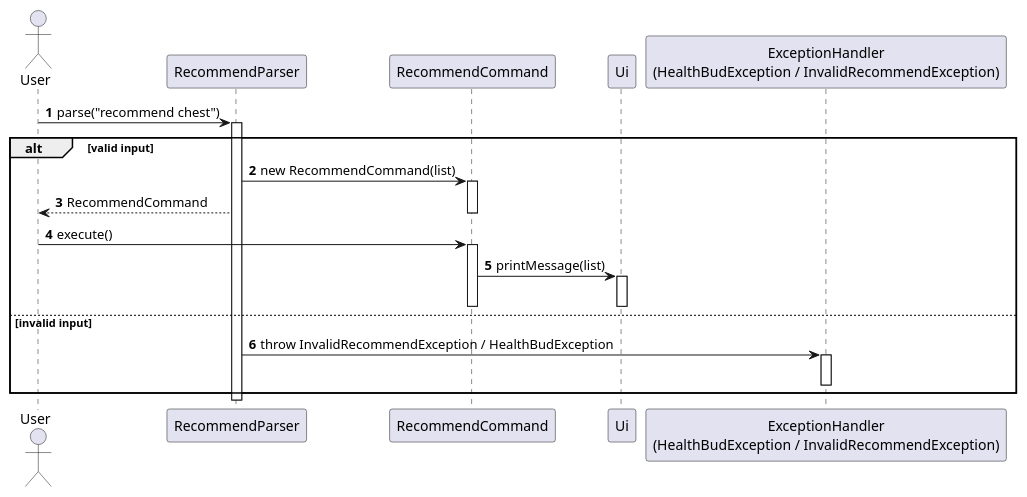
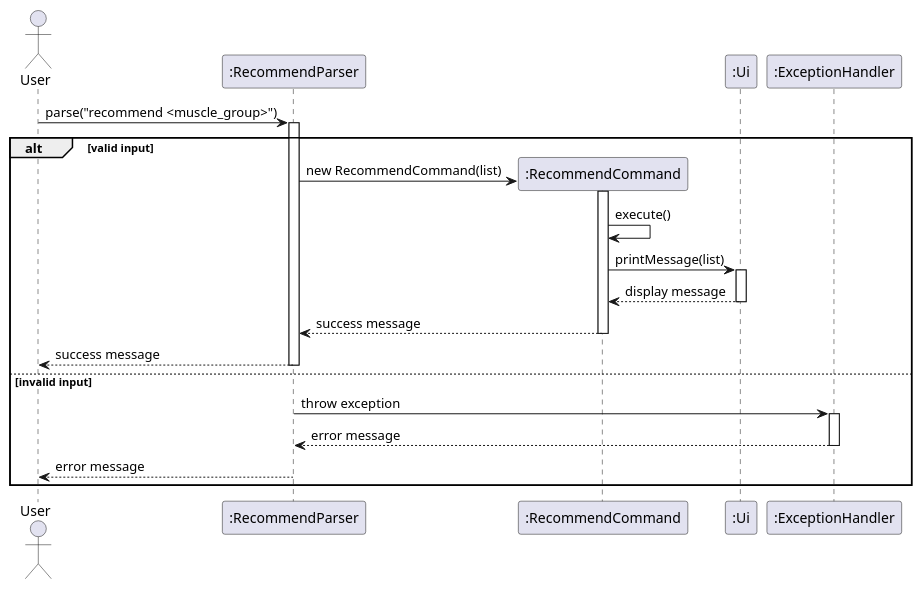
The diagram in docs/Diagrams/RecommendSD.puml (Jasonlobo21/tp), drawn with PlantUML before and after one commit. The commit also changed 5 other files, not shown here.

```diff
--- a/docs/Diagrams/RecommendSD.puml
+++ b/docs/Diagrams/RecommendSD.puml
@@ -1,34 +1,39 @@
 @startuml
-autonumber
 
 actor User
-participant "RecommendParser" as Parser
-participant "RecommendCommand"
-participant "Ui"
-participant "ExceptionHandler\n(HealthBudException / InvalidRecommendException)" as ExceptionHandler
+participant ":RecommendParser"
+participant ":RecommendCommand"
+participant ":Ui"
+participant ":ExceptionHandler"
 
-User -> Parser: parse("recommend chest")
-activate Parser
+User -> ":RecommendParser": parse("recommend <muscle_group>")
+activate ":RecommendParser"
 
 alt valid input
-    Parser -> RecommendCommand: new RecommendCommand(list)
-    activate RecommendCommand
-    Parser --> User: RecommendCommand
-    deactivate RecommendCommand
+    create ":RecommendCommand"
+    ":RecommendParser" -> ":RecommendCommand": new RecommendCommand(list)
+    activate ":RecommendCommand"
 
-    User -> RecommendCommand: execute()
-    activate RecommendCommand
+    ":RecommendCommand" -> ":RecommendCommand": execute()
+    ":RecommendCommand" -> ":Ui": printMessage(list)
+    activate ":Ui"
+    ":Ui" --> ":RecommendCommand": display message
+    deactivate ":Ui"
 
-    RecommendCommand -> Ui: printMessage(list)
-    activate Ui
-    deactivate Ui
+    ":RecommendCommand" --> ":RecommendParser": success message
+    deactivate ":RecommendCommand"
 
-    deactivate RecommendCommand
+    ":RecommendParser" --> User: success message
+    deactivate ":RecommendParser"
+
 else invalid input
-    Parser -> ExceptionHandler: throw InvalidRecommendException / HealthBudException
-    activate ExceptionHandler
-    deactivate ExceptionHandler
+    ":RecommendParser" -> ":ExceptionHandler": throw exception
+    activate ":ExceptionHandler"
+    ":ExceptionHandler" --> ":RecommendParser": error message
+    deactivate ":ExceptionHandler"
+
+    ":RecommendParser" --> User: error message
+    deactivate ":RecommendParser"
 end
 
-deactivate Parser
 @enduml
```
